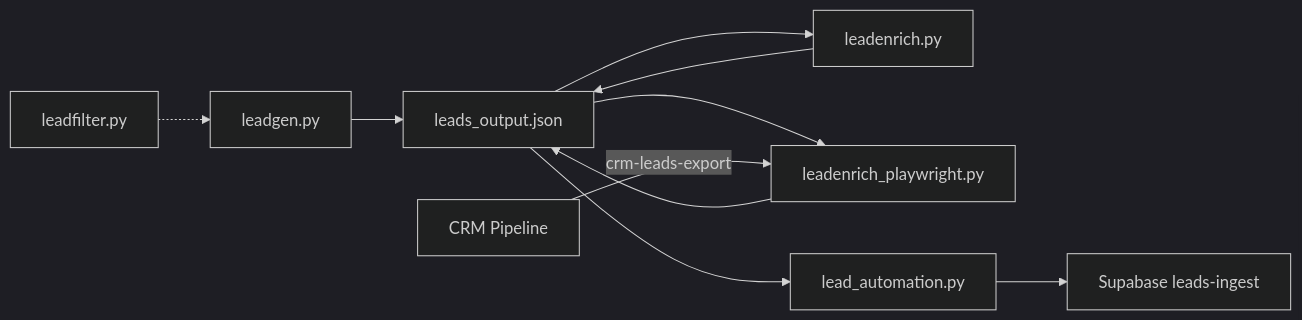
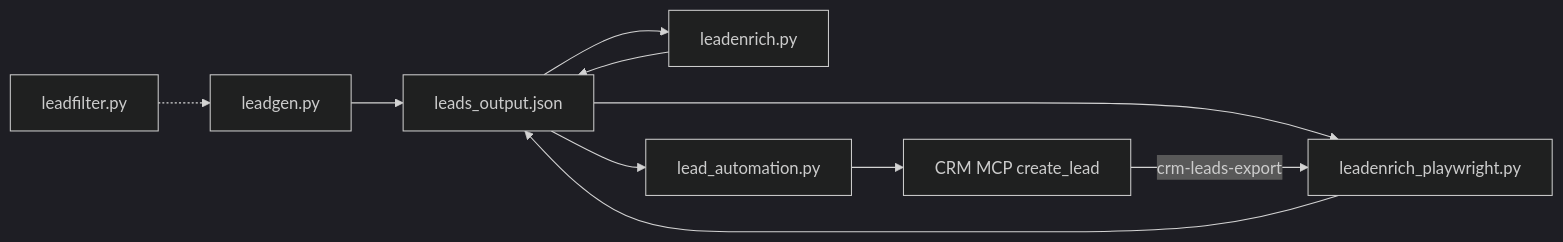
The diagram in documentation/README.md (StaticxViper/cjm-dev), drawn with Mermaid (dark theme) before and after one commit. The commit also changed other lines of this file and 14 other files, not shown here.

First line of the commit message:
Refactor lead automation to integrate CRM MCP for lead creation

````diff
--- a/documentation/README.md
+++ b/documentation/README.md
@@ -44,12 +44,12 @@
 ```mermaid
 flowchart LR
   leadgen[leadgen.py] --> leads[leads_output.json]
   leads --> enrichFb[leadenrich.py]
   leads --> enrichPw[leadenrich_playwright.py]
   crm[CRM Pipeline] -->|crm-leads-export| enrichPw
   enrichFb --> leads
   enrichPw --> leads
   leads --> ingest[lead_automation.py]
-  ingest --> supabase[Supabase leads-ingest]
+  ingest --> crm[CRM MCP create_lead]
   leadfilter[leadfilter.py] -.-> leadgen
 ```
````
